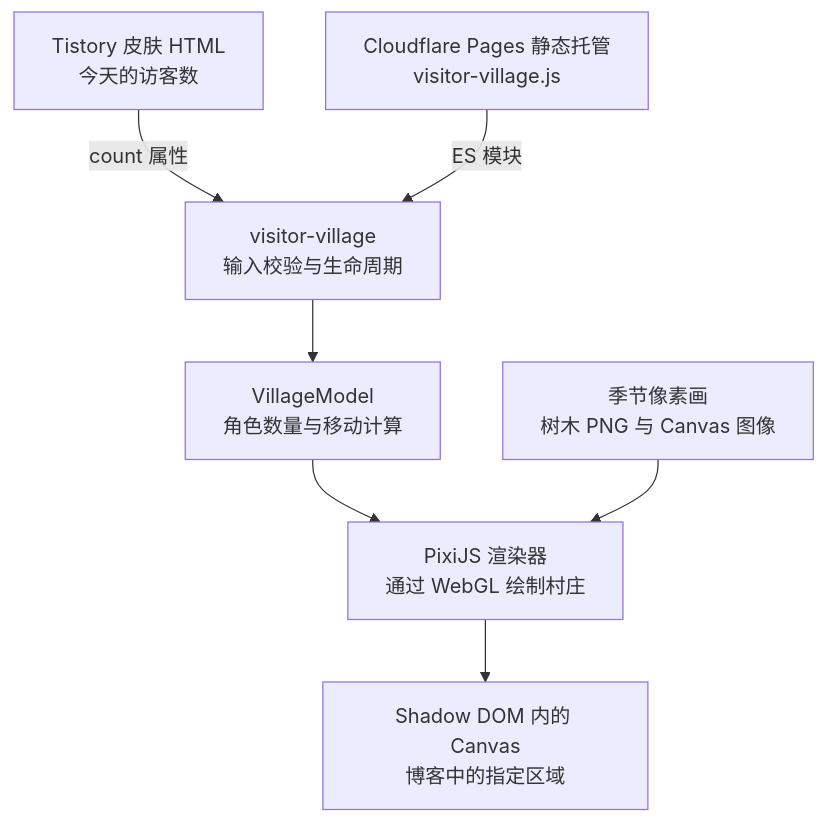
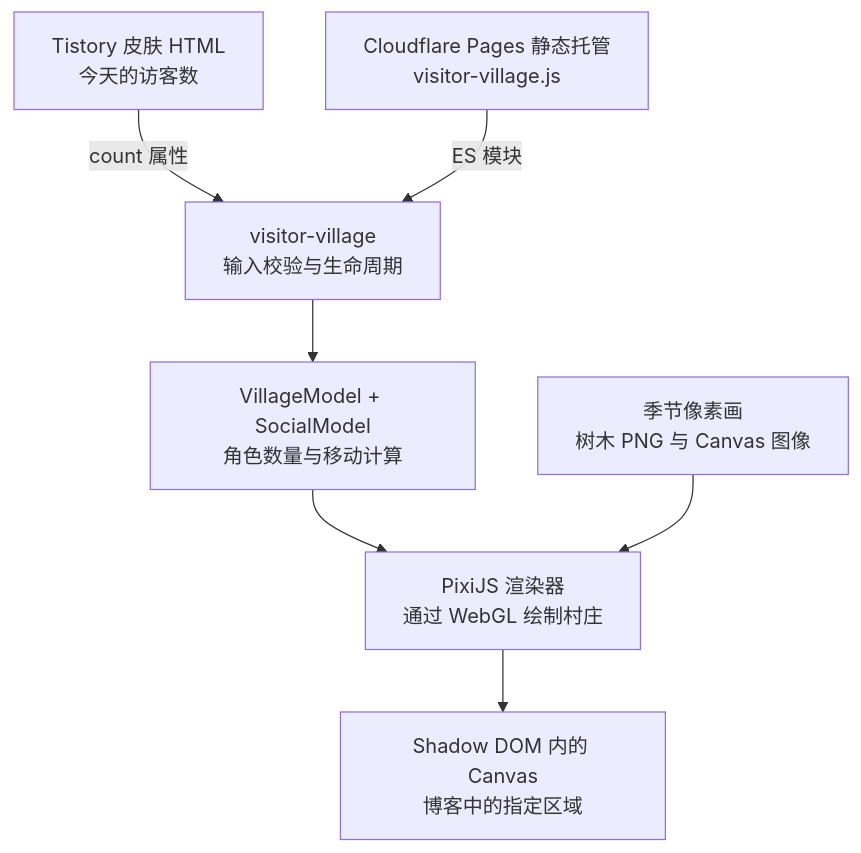
Before and after one commit to hyunolike/pixel-visitor-village: the diagram in README.zh-CN.md, drawn with Mermaid. The commit also changed other lines of this file and 104 other files, not shown here.

````diff
--- a/README.zh-CN.md
+++ b/README.zh-CN.md
@@ -87,9 +92,9 @@
 ```mermaid
 flowchart TD
     T["Tistory 皮肤 HTML<br/>今天的访客数"] -->|count 属性| W["visitor-village<br/>输入校验与生命周期"]
     V["Cloudflare Pages 静态托管<br/>visitor-village.js"] -->|ES 模块| W
-    W --> M["VillageModel<br/>角色数量与移动计算"]
+    W --> M["VillageModel + SocialModel<br/>角色数量与移动计算"]
     M --> R["PixiJS 渲染器<br/>通过 WebGL 绘制村庄"]
     A["季节像素画<br/>树木 PNG 与 Canvas 图像"] --> R
     R --> C["Shadow DOM 内的 Canvas<br/>博客中的指定区域"]
 ```
````
